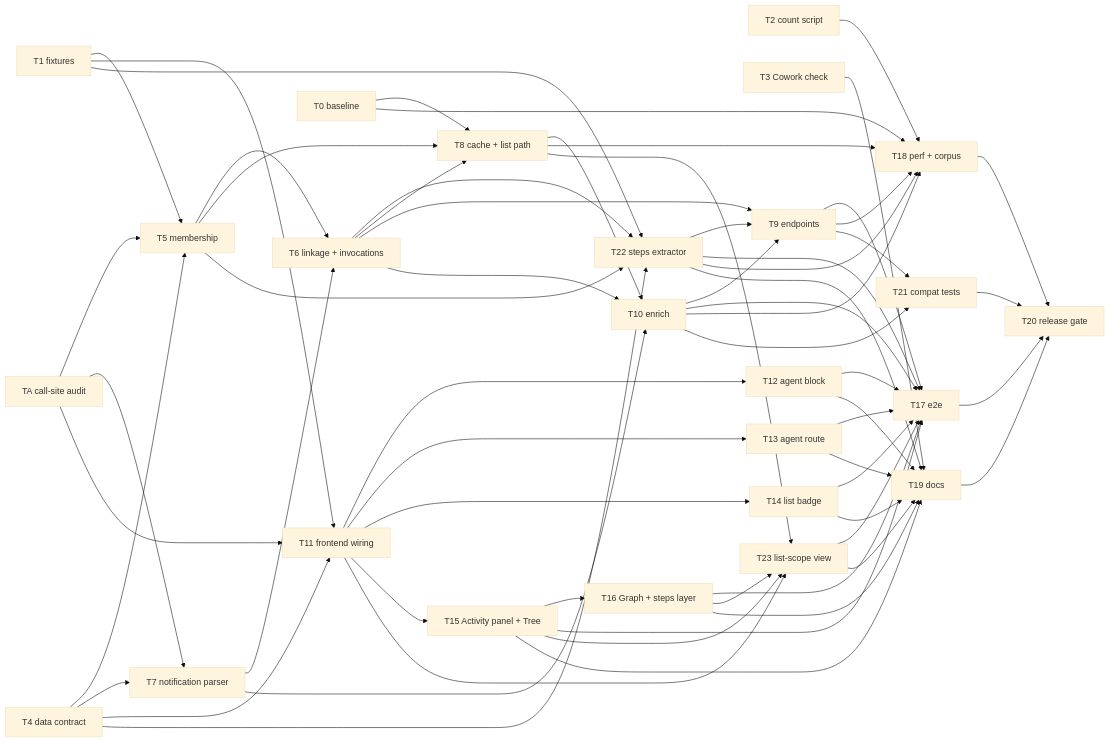
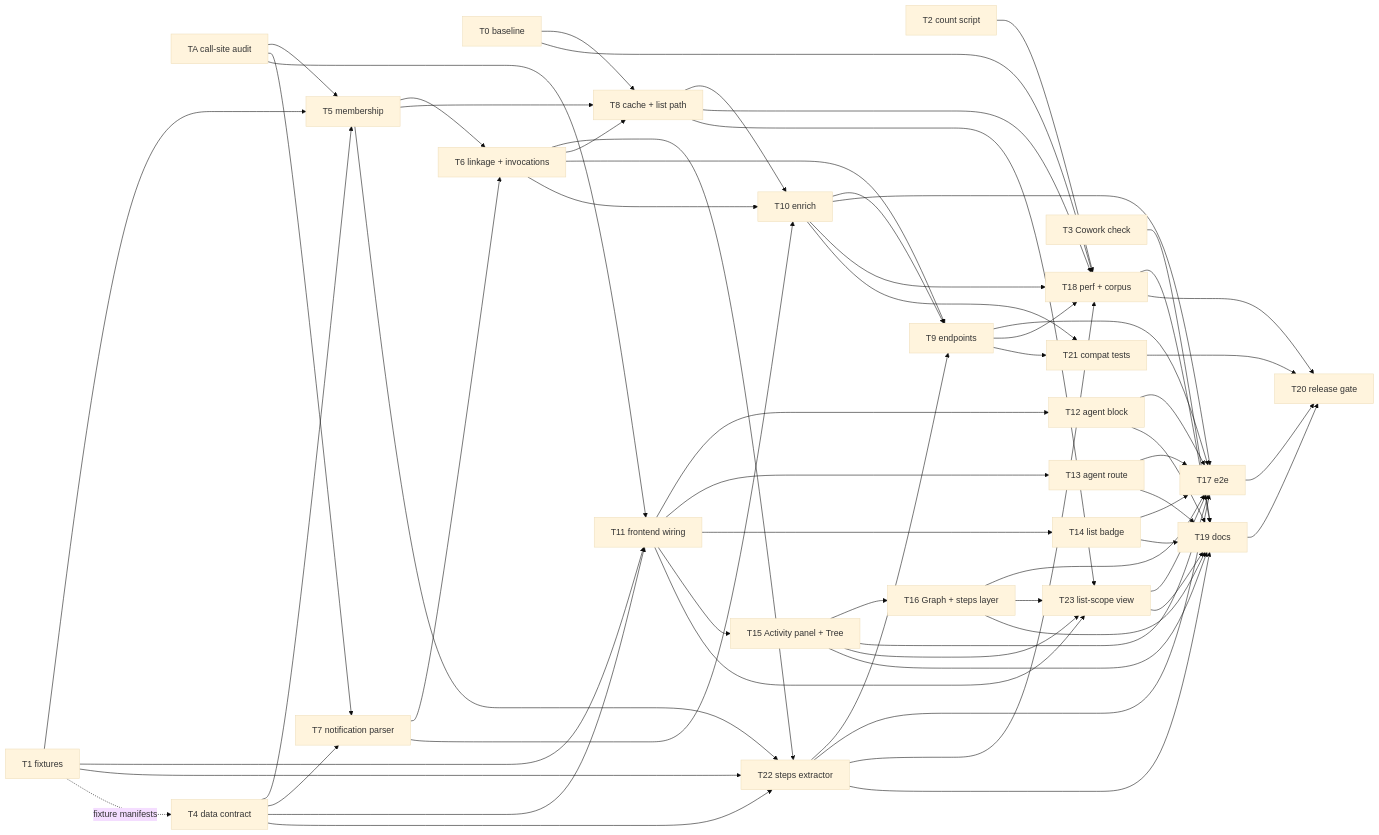
The diagram in PLANS/2026.10.23-subagent-viewer-and-dag.md (rpeck/claude-explorer), drawn with Mermaid (base theme) before and after one commit. The commit also changed other lines of this file and 2 other files, not shown here.

````diff
--- a/PLANS/2026.10.23-subagent-viewer-and-dag.md
+++ b/PLANS/2026.10.23-subagent-viewer-and-dag.md
@@ -1120,65 +1174,67 @@
 ```mermaid
 graph LR
   TA[TA call-site audit] --> T5
   TA --> T7
   TA --> T11
   T0[T0 baseline] --> T8
   T0 --> T18
   T1[T1 fixtures] --> T5
   T1 --> T11
   T1 --> T22
+  T1 -.->|fixture manifests| T4
   T2[T2 count script] --> T18
   T3[T3 Cowork check] --> T19
   T4[T4 data contract] --> T5
   T4 --> T7
   T4 --> T11
   T4 --> T22
   T5[T5 membership] --> T6
   T5 --> T8
   T5 --> T22
   T6 --> T22
   T7[T7 notification parser] --> T6
   T7 --> T10
   T6[T6 linkage + invocations] --> T8
   T6 --> T9
   T6 --> T10
   T8[T8 cache + list path] --> T10
   T8 --> T18
   T22[T22 steps extractor] --> T9
   T22 --> T17
   T22 --> T18
   T22 --> T19
   T10[T10 enrich] --> T9
   T10 --> T17
   T10 --> T18
   T10 --> T21
   T9[T9 endpoints] --> T17
   T9 --> T18
   T9 --> T21
   T11[T11 frontend wiring] --> T12
   T11 --> T13
   T11 --> T14
   T11 --> T15
   T15[T15 Activity panel + Tree] --> T16
   T12[T12 agent block] --> T17
   T13[T13 agent route] --> T17
   T14[T14 list badge] --> T17
   T15 --> T17
   T16[T16 Graph + steps layer] --> T17
   T15 --> T23
   T16 --> T23
   T11 --> T23
   T8 --> T23
   T23[T23 list-scope view] --> T17
   T23 --> T19
   T12 --> T19
   T13 --> T19
   T14 --> T19
   T15 --> T19
   T16 --> T19
   T17[T17 e2e] --> T20
-  T18[T18 perf + corpus] --> T20
+  T18[T18 perf + corpus] --> T19
+  T18 --> T20
   T19[T19 docs] --> T20
   T21[T21 compat tests] --> T20
   T20[T20 release gate]
 ```
````
